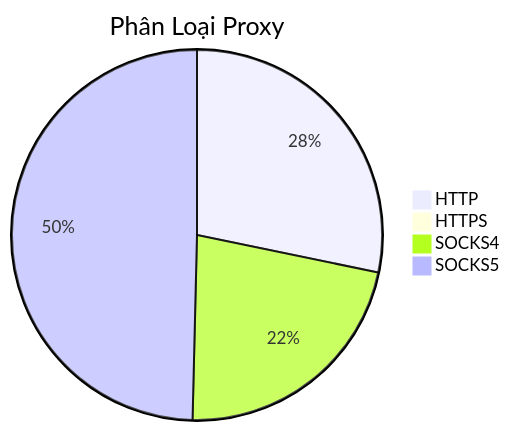
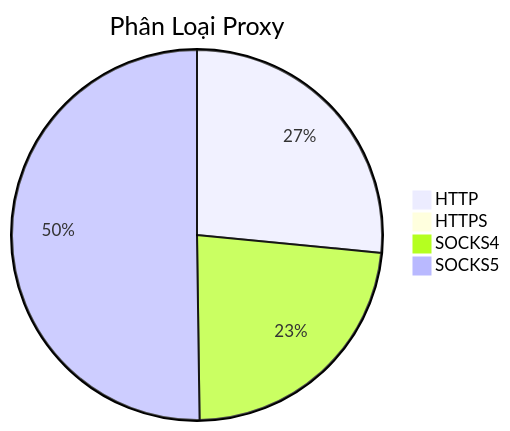
Before and after one commit to Ciara-12/PROXY-free: the diagram in README.md, drawn with Mermaid. The commit also changed other lines of this file and 3 other files, not shown here.

````diff
--- a/README.md
+++ b/README.md
@@ -26,7 +26,7 @@
 ```mermaid
 pie title Phân Loại Proxy
-    "HTTP" : 480
+    "HTTP" : 417
     "HTTPS" : 1
-    "SOCKS4" : 376
-    "SOCKS5" : 843
+    "SOCKS4" : 365
+    "SOCKS5" : 789
 ```
````
